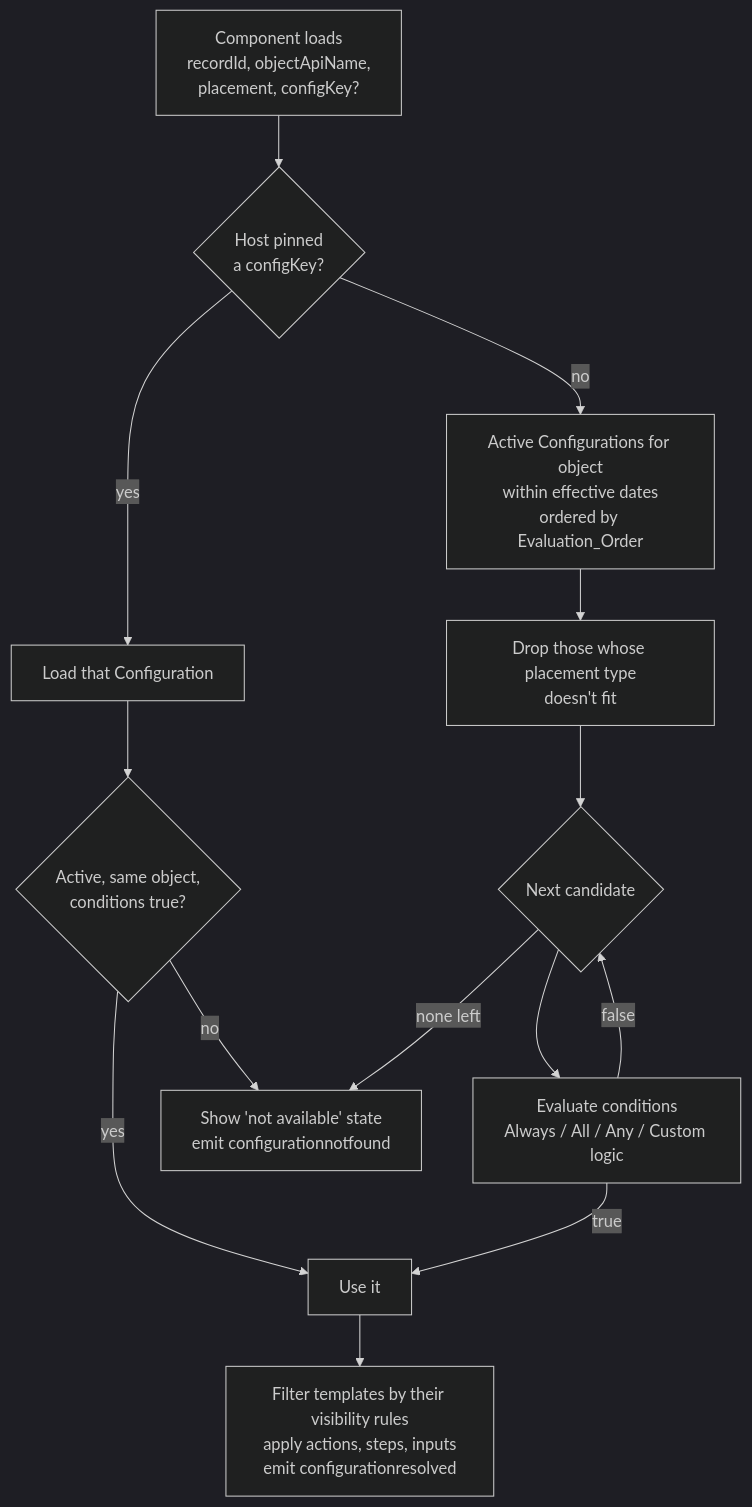
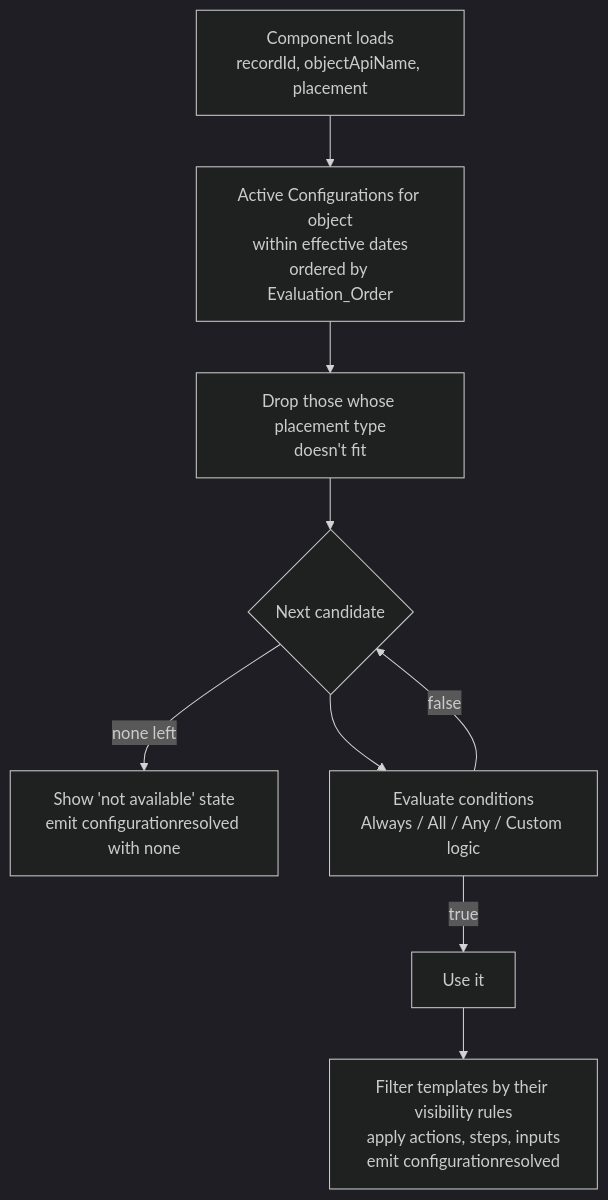
One commit to anand-sdocs/ux-prototypes changed the second of 2 diagrams in salesforce_lwc_2_0/data-model.md. Above: the diagram before and after it, drawn with Mermaid (dark theme). The commit also changed other lines of this file and 6 other files, not shown here.

````diff
--- a/salesforce_lwc_2_0/data-model.md
+++ b/salesforce_lwc_2_0/data-model.md
@@ -346,16 +343,11 @@
 ```mermaid
 flowchart TD
-    A[Component loads<br/>recordId, objectApiName,<br/>placement, configKey?] --> B{Host pinned<br/>a configKey?}
-    B -- yes --> C[Load that Configuration]
-    C --> D{Active, same object,<br/>conditions true?}
-    D -- yes --> W[Use it]
-    D -- no --> N[Show 'not available' state<br/>emit configurationnotfound]
-    B -- no --> E[Active Configurations for object<br/>within effective dates<br/>ordered by Evaluation_Order]
+    A[Component loads<br/>recordId, objectApiName, placement] --> E[Active Configurations for object<br/>within effective dates<br/>ordered by Evaluation_Order]
     E --> F[Drop those whose placement type<br/>doesn't fit]
     F --> G{Next candidate}
-    G -- none left --> N
+    G -- none left --> N[Show 'not available' state<br/>emit configurationresolved with none]
     G --> H[Evaluate conditions<br/>Always / All / Any / Custom logic]
     H -- false --> G
-    H -- true --> W
+    H -- true --> W[Use it]
     W --> T[Filter templates by their visibility rules<br/>apply actions, steps, inputs<br/>emit configurationresolved]
 ```
````
